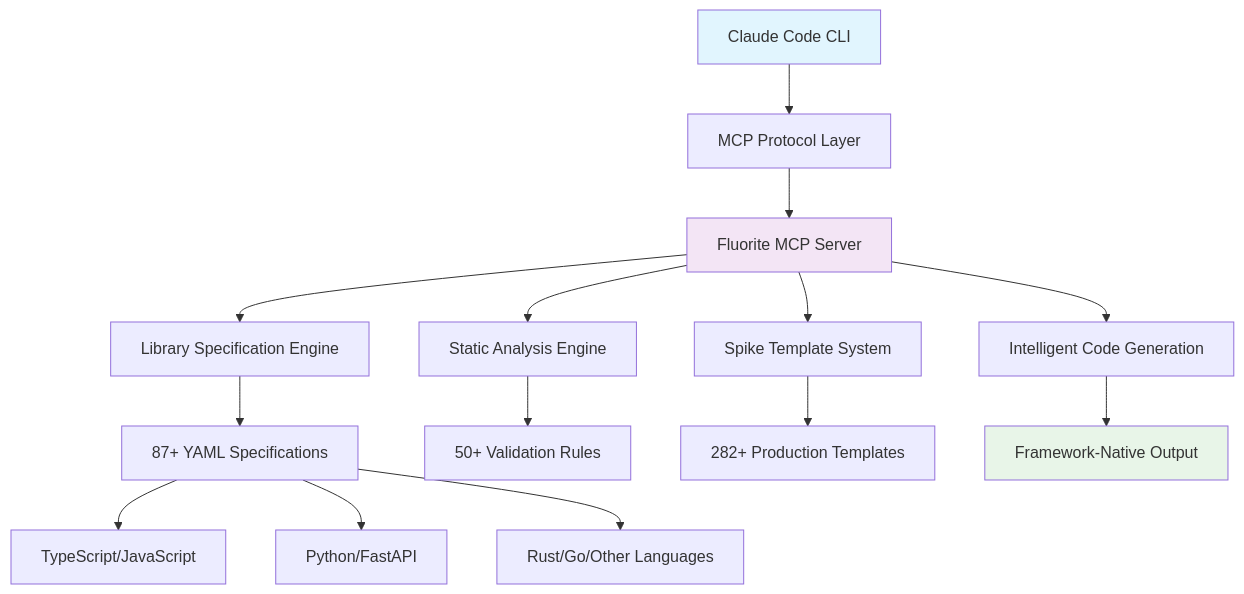
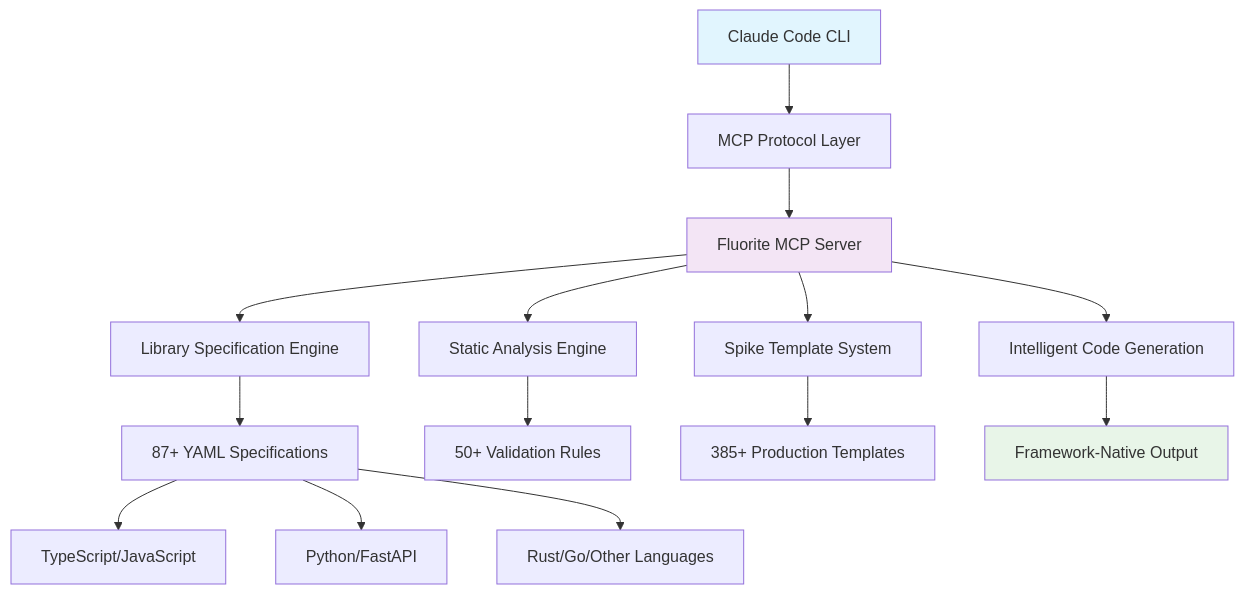
The diagram in README.md (kotsutsumi/fluorite-mcp), drawn with Mermaid before and after one commit. The commit also changed other lines of this file and 23 other files, not shown here.

````diff
--- a/README.md
+++ b/README.md
@@ -399,23 +530,23 @@
 ```mermaid
 graph TB
     A[Claude Code CLI] --> B[MCP Protocol Layer]
     B --> C[Fluorite MCP Server]
     
     C --> D[Library Specification Engine]
     C --> E[Static Analysis Engine]
     C --> F[Spike Template System]
     C --> G[Intelligent Code Generation]
     
     D --> H[87+ YAML Specifications]
     E --> I[50+ Validation Rules]
-    F --> J[282+ Production Templates]
+    F --> J[385+ Production Templates]
     G --> K[Framework-Native Output]
     
     H --> L[TypeScript/JavaScript]
     H --> M[Python/FastAPI]
     H --> N[Rust/Go/Other Languages]
     
     style A fill:#e1f5fe
     style C fill:#f3e5f5
     style K fill:#e8f5e8
 ```
````
